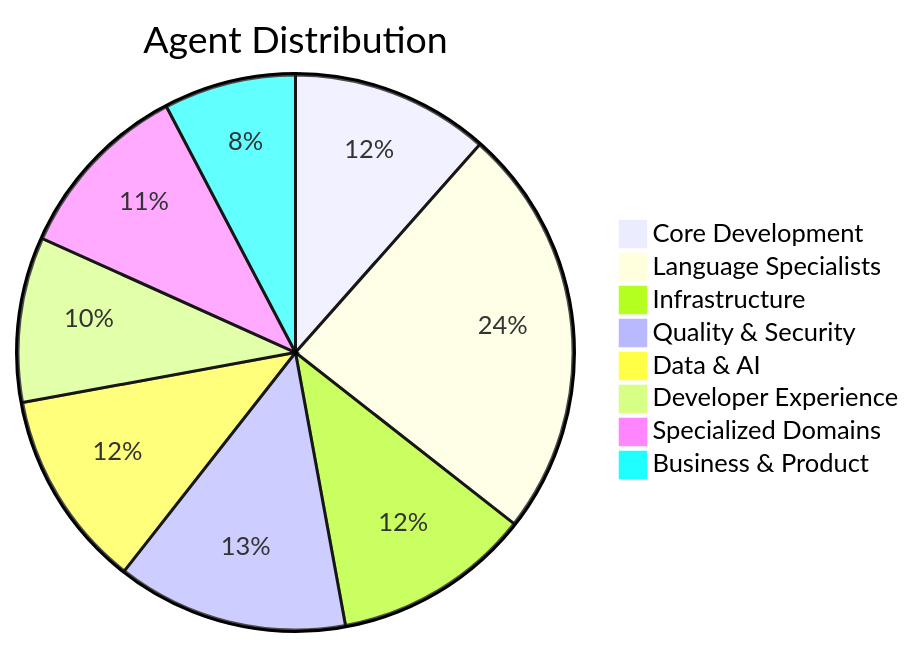
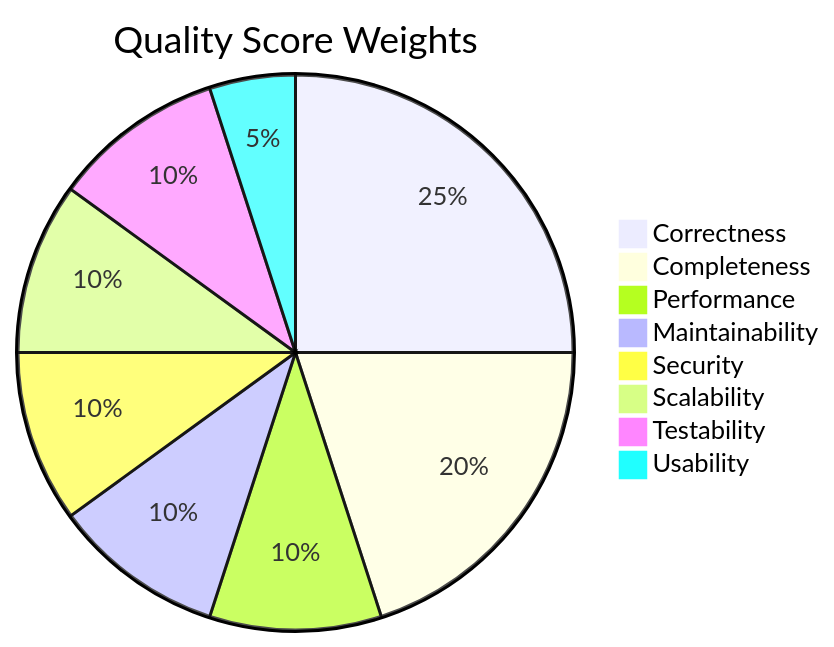
Before and after one commit to Tony363/SuperClaude: diagram 14 of 15 in README.md, drawn with Mermaid. The commit also changed other lines of this file and 10 other files, not shown here.

````diff
--- a/README.md
+++ b/README.md
@@ -852,11 +582,11 @@
 ```mermaid
-pie title Agent Distribution
-    "Core Development" : 12
-    "Language Specialists" : 25
-    "Infrastructure" : 12
-    "Quality & Security" : 14
-    "Data & AI" : 12
-    "Developer Experience" : 10
-    "Specialized Domains" : 11
-    "Business & Product" : 8
+pie title Quality Score Weights
+    "Correctness" : 25
+    "Completeness" : 20
+    "Performance" : 10
+    "Maintainability" : 10
+    "Security" : 10
+    "Scalability" : 10
+    "Testability" : 10
+    "Usability" : 5
 ```
````
